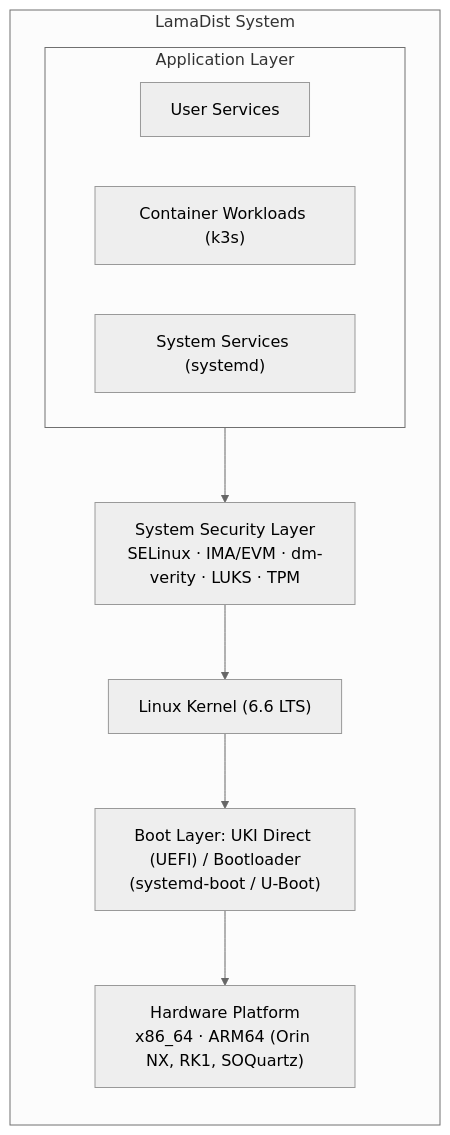
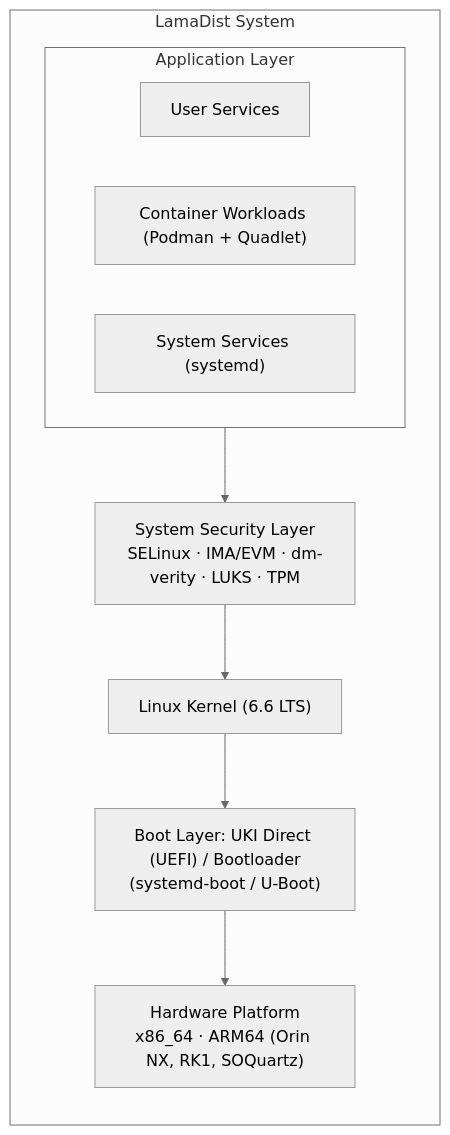
The first of 8 diagrams in docs/ARCHITECTURE.md (LamaGrid/lamadist), drawn with Mermaid (neutral theme) before and after one commit. The commit also changed other lines of this file and 3 other files, not shown here.

````diff
--- a/docs/ARCHITECTURE.md
+++ b/docs/ARCHITECTURE.md
@@ -37,16 +46,16 @@
 ```mermaid
 flowchart TD
     subgraph lamadist["LamaDist System"]
         direction TB
         subgraph app["Application Layer"]
             us["User Services"]
-            cw["Container Workloads (k3s)"]
+            cw["Container Workloads (Podman + Quadlet)"]
             ss["System Services (systemd)"]
         end
         sec["System Security Layer\nSELinux · IMA/EVM · dm-verity · LUKS · TPM"]
         kernel["Linux Kernel (6.6 LTS)"]
         boot["Boot Layer: UKI Direct (UEFI) / Bootloader\n(systemd-boot / U-Boot)"]
         hw["Hardware Platform\nx86_64 · ARM64 (Orin NX, RK1, SOQuartz)"]
         app --> sec --> kernel --> boot --> hw
     end
 ```
````
